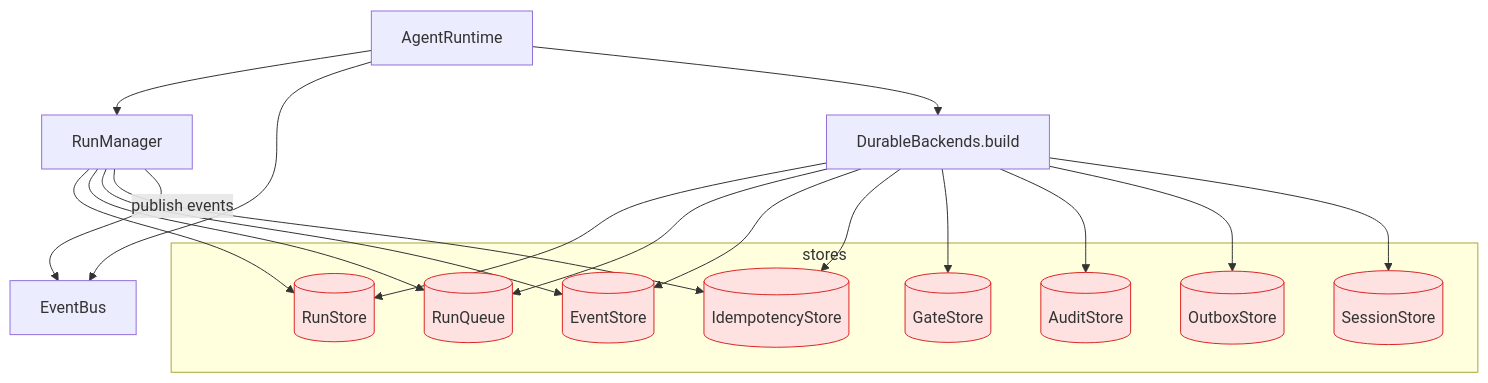
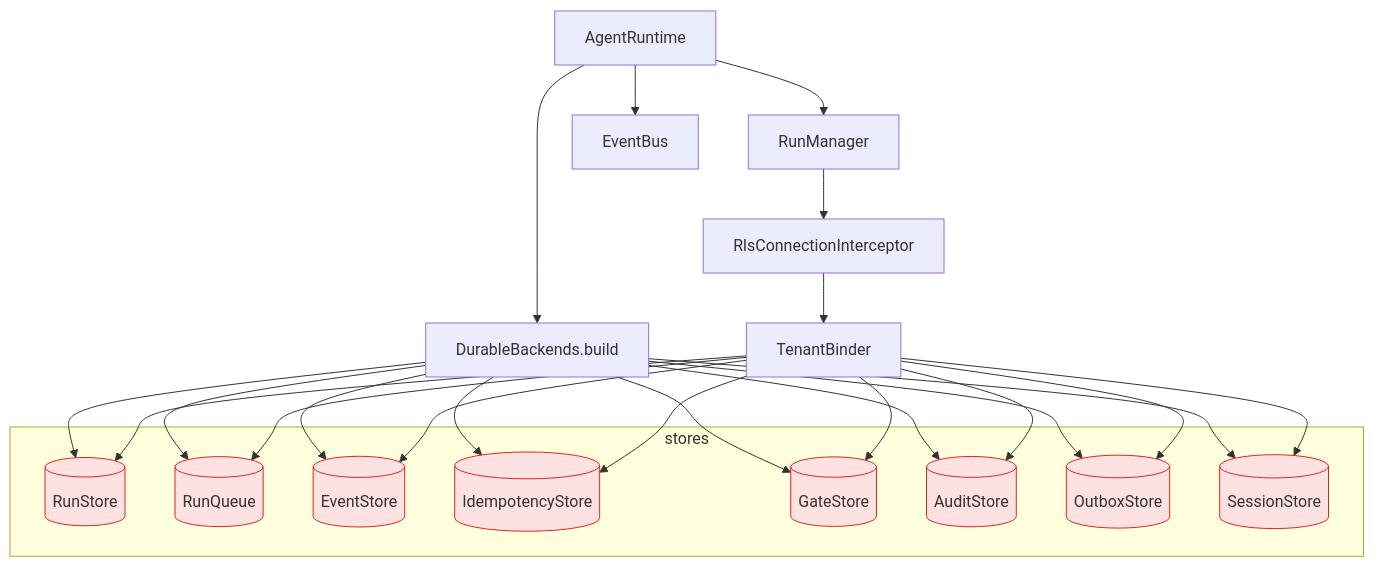
One commit to chaosxingxc-orion/spring-ai-fin changed the diagram in agent-runtime/server/ARCHITECTURE.md. Above: the diagram before and after it, drawn with Mermaid. The commit also changed other lines of this file and 35 other files, not shown here.

````diff
--- a/agent-runtime/server/ARCHITECTURE.md
+++ b/agent-runtime/server/ARCHITECTURE.md
@@ -31,39 +34,46 @@
 ```mermaid
 flowchart TB
     AGT[AgentRuntime]
     RM[RunManager]
     DB[DurableBackends.build]
     EBUS[EventBus]
-    
+    TB[TenantBinder]
+    RLS[RlsConnectionInterceptor]
+
     subgraph stores
         RS[(RunStore)]
         RQ[(RunQueue)]
         ES[(EventStore)]
         IS[(IdempotencyStore)]
         GS[(GateStore)]
         AS[(AuditStore)]
         OBS[(OutboxStore)]
         SS[(SessionStore)]
     end
-    
+
     AGT --> RM
     AGT --> EBUS
     AGT --> DB
     DB --> RS
     DB --> RQ
     DB --> ES
     DB --> IS
     DB --> GS
     DB --> AS
     DB --> OBS
     DB --> SS
-    
-    RM --> RS
-    RM --> RQ
-    RM --> ES
-    RM --> IS
-    RM -->|publish events| EBUS
-    
+
+    RM --> RLS
+    RLS --> TB
+    TB --> RS
+    TB --> RQ
+    TB --> ES
+    TB --> IS
+    TB --> GS
+    TB --> AS
+    TB --> OBS
+    TB --> SS
+
     classDef store fill:#fee2e2,stroke:#dc2626
     class RS,RQ,ES,IS,GS,AS,OBS,SS store
 ```
````
